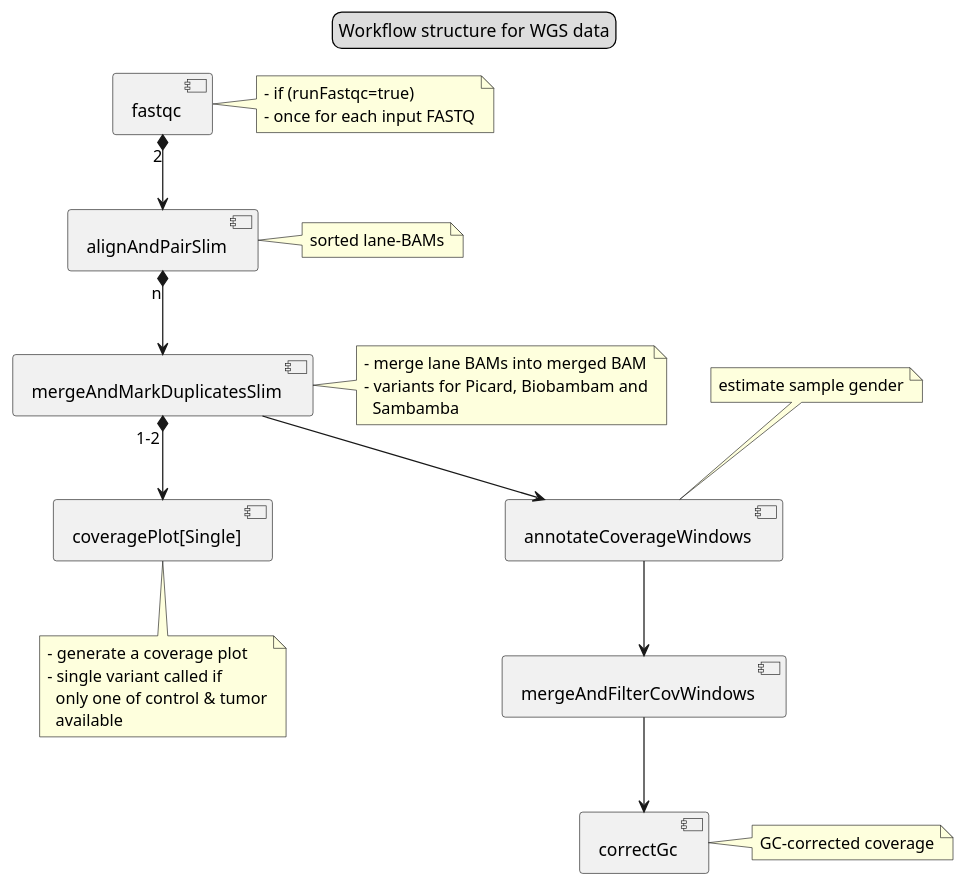
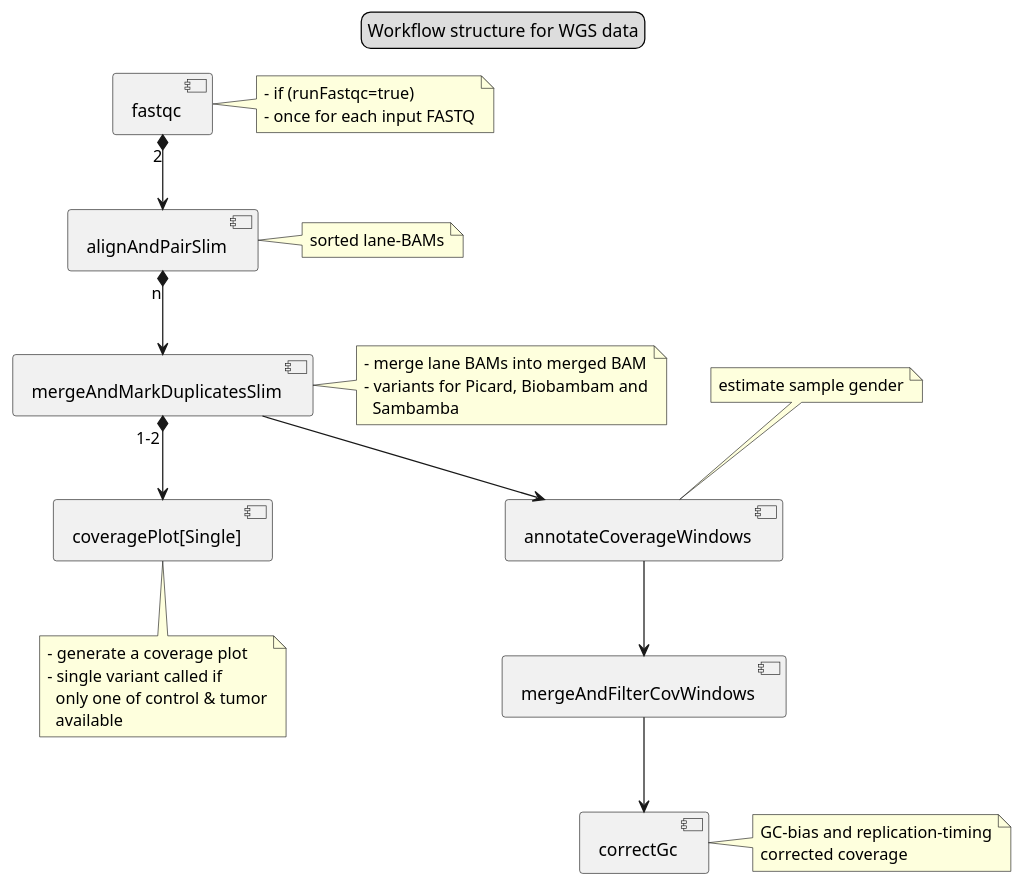
Before and after one commit to DKFZ-ODCF/AlignmentAndQCWorkflows: the diagram in docs/images/jobs-wgs.puml, drawn with PlantUML. The commit also changed 1 other file, not shown here.

```diff
--- a/docs/images/jobs-wgs.puml
+++ b/docs/images/jobs-wgs.puml
@@ -1,56 +1,57 @@
 @startuml
 
 [fastqc]
 note right of [fastqc]
   - if (runFastqc=true)
   - once for each input FASTQ
 endnote
 
 component alignAndPairSlim as align
 note right of [align] : sorted lane-BAMs
 
 component mergeAndMarkDuplicatesSlim as merge
 note right of [merge]
   - merge lane BAMs into merged BAM
   - variants for Picard, Biobambam and
     Sambamba
 endnote
 
 component "coveragePlot[Single]" as plot
 note bottom of [plot]
   - generate a coverage plot
   - single variant called if
     only one of control & tumor
     available
 endnote
 
 component "annotateCoverageWindows" as annotate
 note top of [annotate]
   estimate sample gender
 endnote
 
 component "mergeAndFilterCovWindows" as filter
 
 component "correctGc" as correct
 note right of [correct]
-  GC-corrected coverage
+  GC-bias and replication-timing
+  corrected coverage
 endnote
 
 
 [fastqc] "2" *-down-> [align]
 
 [align] "n" *-down-> [merge]
 
 [merge] "1-2" *-down-> [plot]
 
 [merge] -down-> [annotate]
 
 [annotate] -down-> [filter]
 
 [filter] -down-> [correct]
 
 legend top
   Workflow structure for WGS data
 endlegend
 
 @enduml
```
